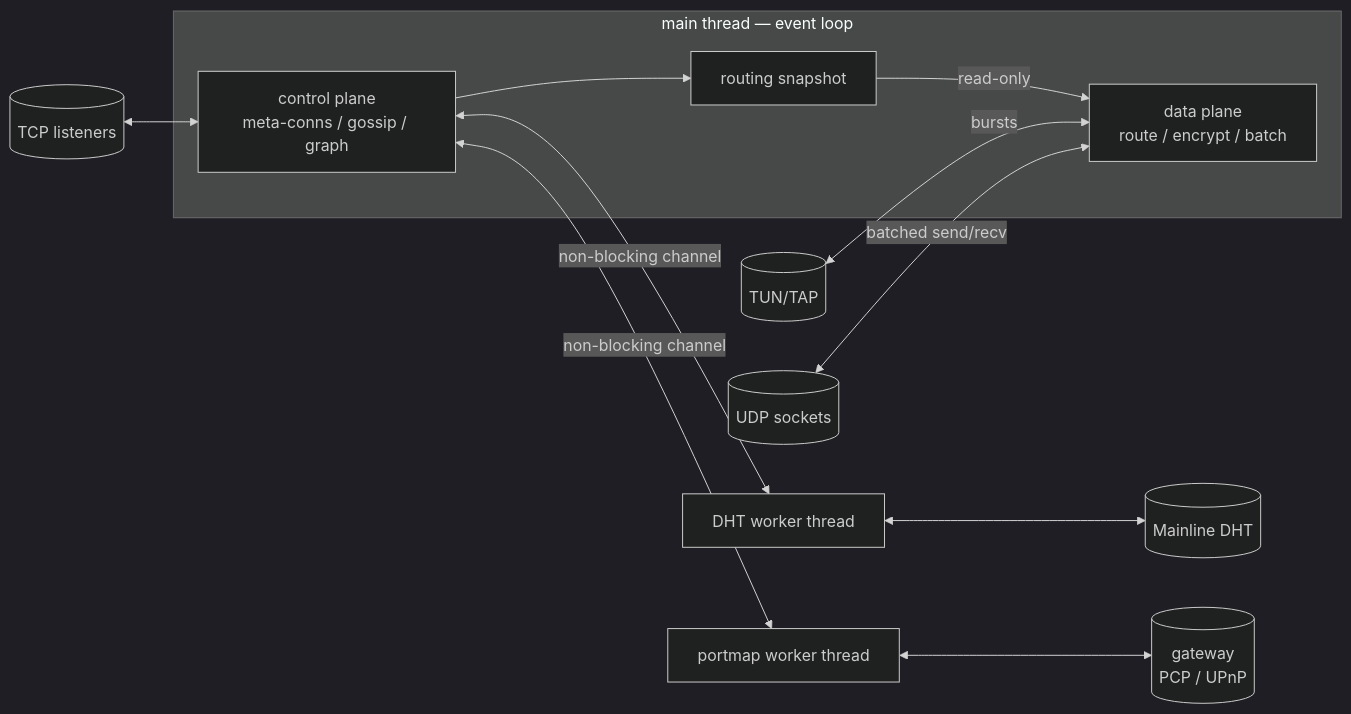
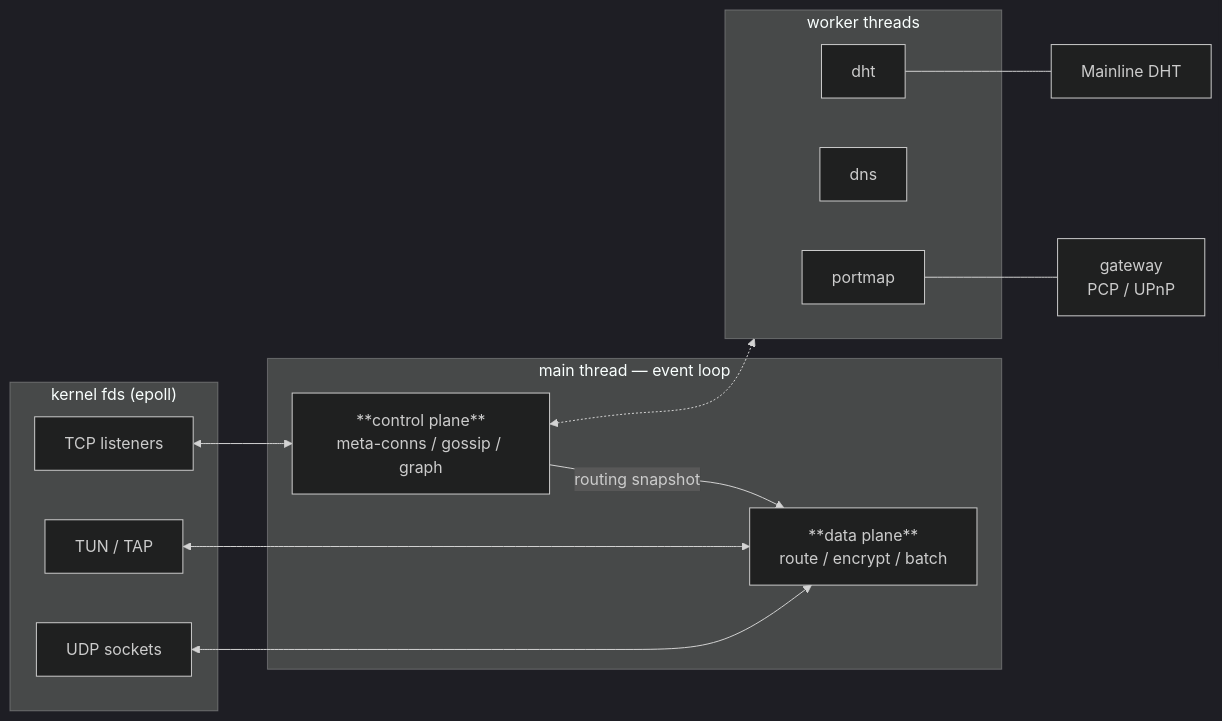
The first of 2 diagrams in docs/ARCHITECTURE.md (Mic92/tincr), drawn with Mermaid (dark theme) before and after one commit. The commit also changed other lines of this file, not shown here.

Commit message:
docs/ARCHITECTURE: redraw mermaid overview + packet-walk
The thread-overview flowchart let dagre place TUN/UDP below the main
subgraph instead of beside the data plane, arced cp→worker edges
across everything, and duplicated the "non-blocking channel" label.
Group fds and workers into their own subgraphs so they rank as
columns, collapse cp→snapshot→dp into one labelled edge, replace the
two channel edges with one cp↔workers dashed edge plus a legend
sentence, and add the dns worker introduced in 39022a03.

The packet-walk had ten boxes in one LR row; GitHub squashed it to
~6pt and clipped the tail. Split into stacked sender/receiver
subgraphs joined by the wire edge.

````diff
--- a/docs/ARCHITECTURE.md
+++ b/docs/ARCHITECTURE.md
@@ -18,25 +18,25 @@
 ```mermaid
 flowchart LR
-    tun[(TUN/TAP)]
-    udp[(UDP sockets)]
-    tcp[(TCP listeners)]
-
+    subgraph kernel ["kernel fds (epoll)"]
+        tun["TUN / TAP"]
+        udp["UDP sockets"]
+        tcp["TCP listeners"]
+    end
     subgraph main ["main thread — event loop"]
-        dp["data plane<br/>route / encrypt / batch"]
-        cp["control plane<br/>meta-conns / gossip / graph"]
-        snap["routing snapshot"]
-        cp --> snap
-        snap -->|read-only| dp
+        dp["**data plane**<br/>route / encrypt / batch"]
+        cp["**control plane**<br/>meta-conns / gossip / graph"]
+        cp -- "routing snapshot" --> dp
+    end
+    subgraph workers ["worker threads"]
+        dht["dht"]
+        dns["dns"]
+        pm["portmap"]
     end
 
-    tun <-->|bursts| dp
-    udp <-->|batched send/recv| dp
+    tun <--> dp
+    udp <--> dp
     tcp <--> cp
-
-    dht["DHT worker thread"]
-    pm["portmap worker thread"]
-    cp <-->|non-blocking channel| dht
-    cp <-->|non-blocking channel| pm
-    dht <--> mainline[("Mainline DHT")]
-    pm <--> gw[("gateway<br/>PCP / UPnP")]
+    cp  <-.-> workers
+    dht --- mainline["Mainline DHT"]
+    pm  --- gw["gateway<br/>PCP / UPnP"]
 ```
````
